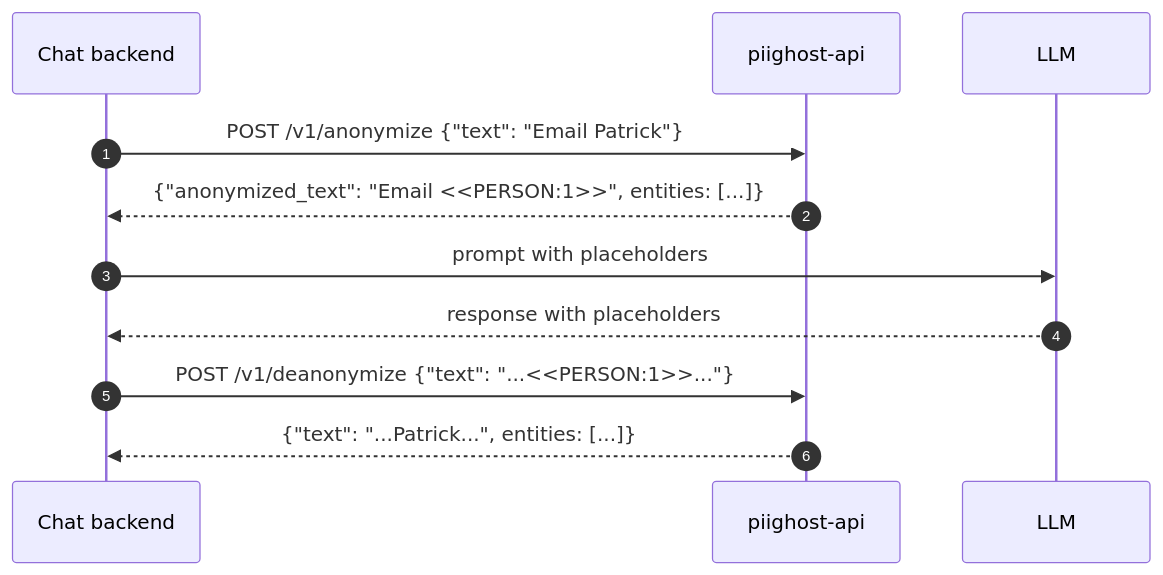
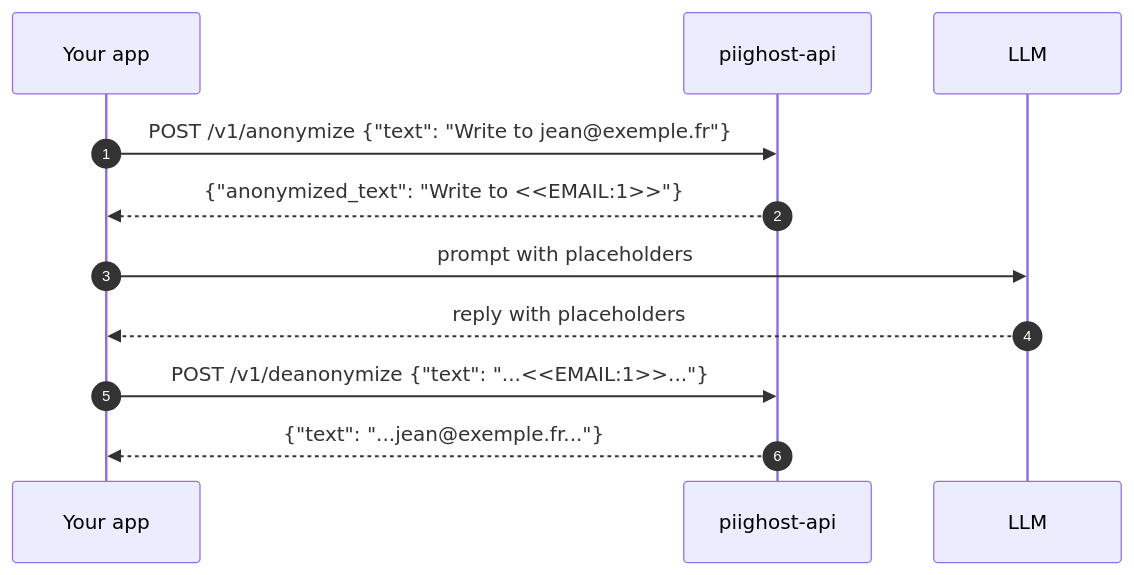
Before and after one commit to Athroniaeth/piighost-api: the diagram in README.md, drawn with Mermaid. The commit also changed other lines of this file and 2 other files, not shown here.

````diff
--- a/README.md
+++ b/README.md
@@ -15,14 +13,14 @@
 ```mermaid
 sequenceDiagram
     autonumber
-    participant C as Chat backend
+    participant C as Your app
     participant A as piighost-api
     participant L as LLM
 
-    C->>A: POST /v1/anonymize {"text": "Email Patrick"}
-    A-->>C: {"anonymized_text": "Email <<PERSON:1>>", entities: [...]}
+    C->>A: POST /v1/anonymize {"text": "Write to jean@exemple.fr"}
+    A-->>C: {"anonymized_text": "Write to <<EMAIL:1>>"}
     C->>L: prompt with placeholders
-    L-->>C: response with placeholders
-    C->>A: POST /v1/deanonymize {"text": "...<<PERSON:1>>..."}
-    A-->>C: {"text": "...Patrick...", entities: [...]}
+    L-->>C: reply with placeholders
+    C->>A: POST /v1/deanonymize {"text": "...<<EMAIL:1>>..."}
+    A-->>C: {"text": "...jean@exemple.fr..."}
 ```
````
